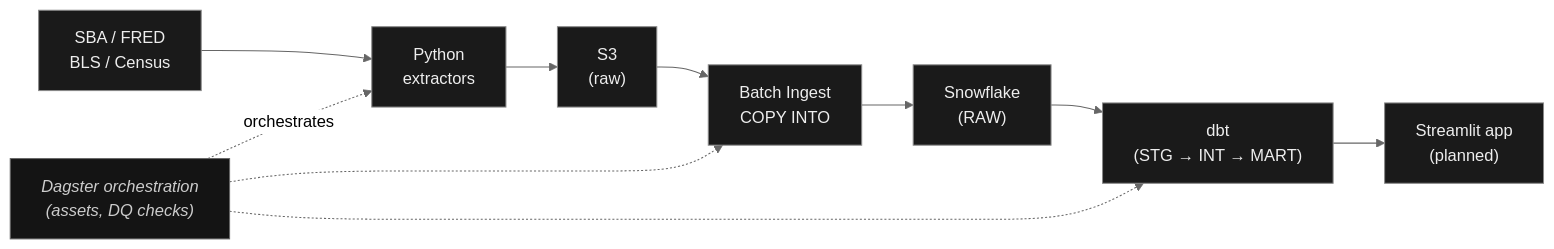
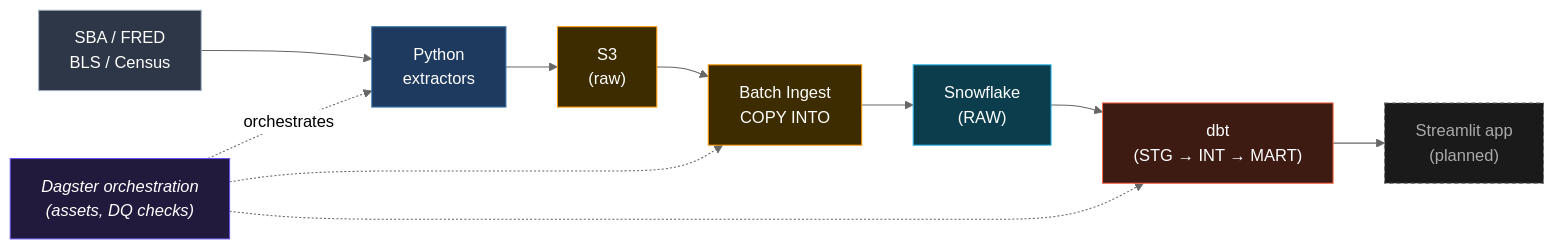
The diagram in README.md (Dieurode1/Small-business-lending-intelligence-pipeline), drawn with Mermaid (neutral theme) before and after one commit. The commit also changed other lines of this file, not shown here.

````diff
--- a/README.md
+++ b/README.md
@@ -22,19 +32,31 @@
 ```mermaid
 flowchart LR
     A["SBA / FRED<br/>BLS / Census"] --> B["Python<br/>extractors"]
     B --> C["S3<br/>(raw)"]
     C --> D["Batch Ingest<br/>COPY INTO"]
     D --> E["Snowflake<br/>(RAW)"]
     E --> F["dbt<br/>(STG → INT → MART)"]
     F --> G["Streamlit app<br/>(planned)"]
 
     ORCH["Dagster orchestration<br/>(assets, DQ checks)"]
     ORCH -.orchestrates.-> B
     ORCH -.-> D
     ORCH -.-> F
 
-    classDef box fill:#1a1a1a,stroke:#888,stroke-width:1px,color:#eee;
-    classDef orch fill:#141414,stroke:#666,stroke-width:1px,color:#ccc,font-style:italic;
-    class A,B,C,D,E,F,G box;
+    classDef src   fill:#2d3748,stroke:#a0aec0,color:#fff;
+    classDef py    fill:#1e3a5f,stroke:#3776AB,color:#fff;
+    classDef store fill:#3d2c00,stroke:#FF9900,color:#fff;
+    classDef snow  fill:#0b3d4d,stroke:#29B5E8,color:#fff;
+    classDef dbt   fill:#3d1a12,stroke:#FF694B,color:#fff;
+    classDef plan  fill:#1a1a1a,stroke:#666,color:#aaa,stroke-dasharray:4 3;
+    classDef orch  fill:#221a3d,stroke:#654FF0,color:#fff,font-style:italic;
+
+    class A src;
+    class B py;
+    class C store;
+    class D store;
+    class E snow;
+    class F dbt;
+    class G plan;
     class ORCH orch;
 ```
````
